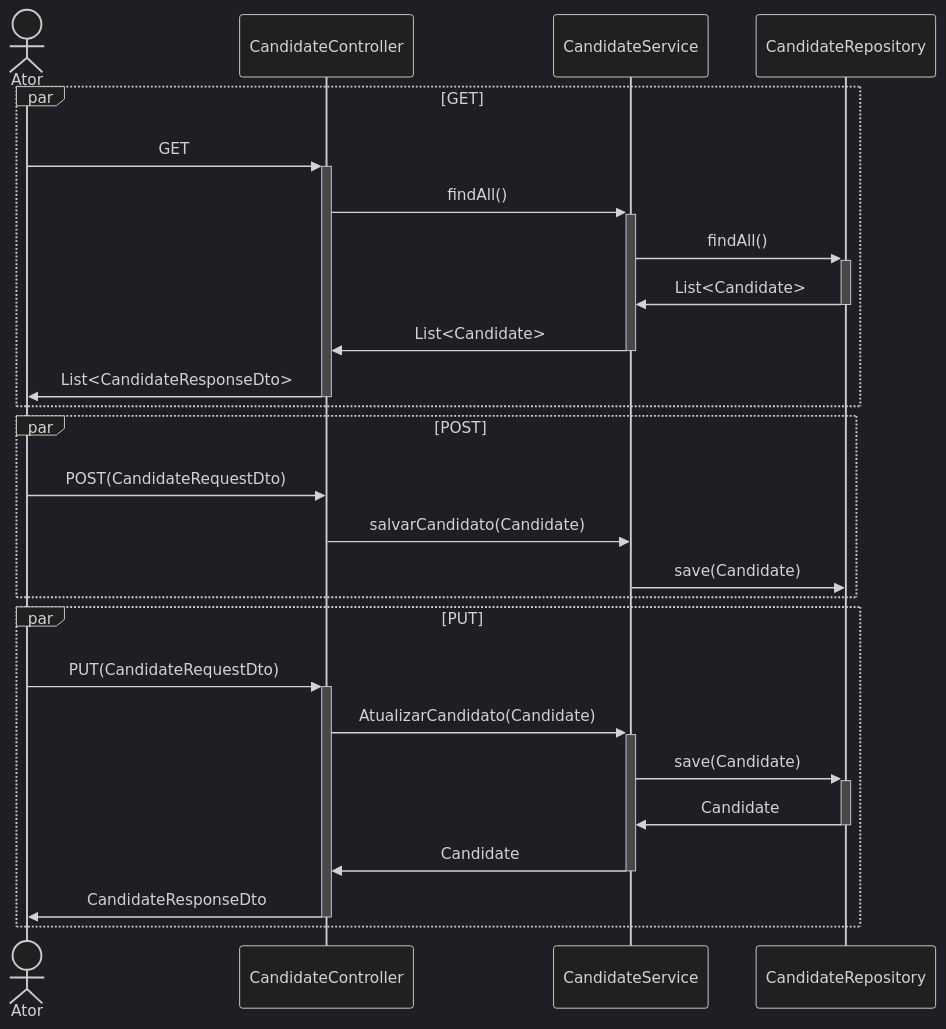
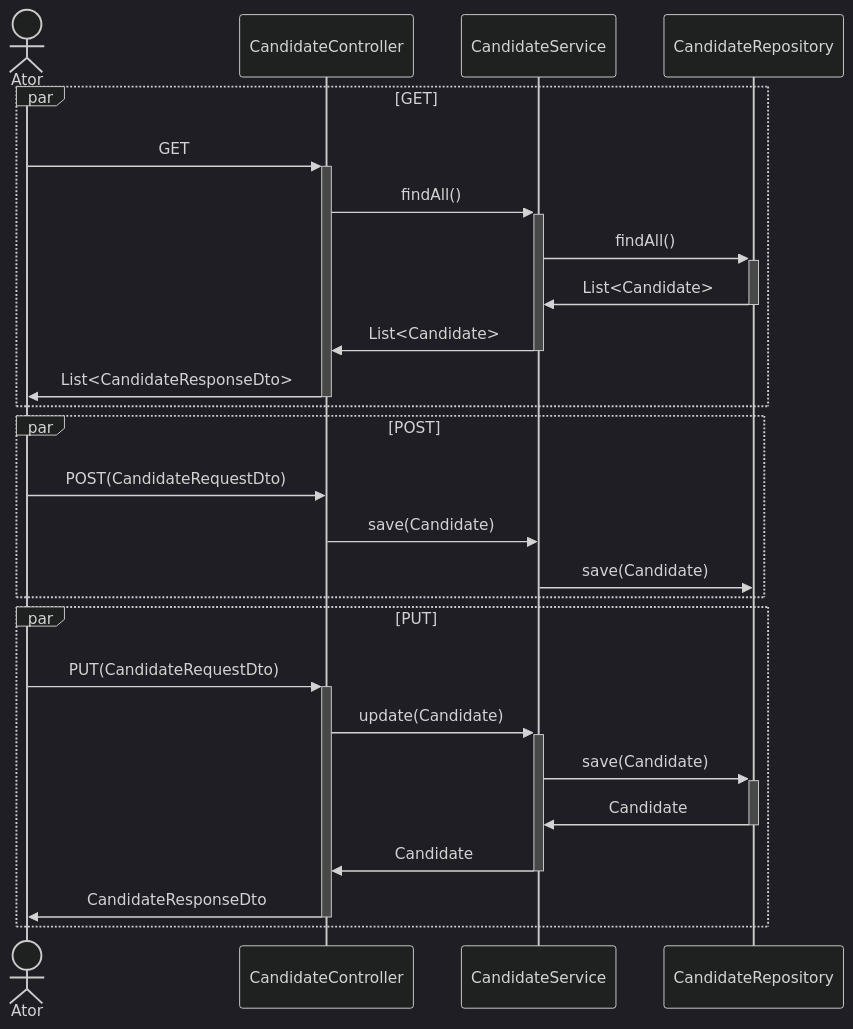
The fourth of 4 diagrams in README.md (alberto-yano/dio-lab-quarkus), drawn with Mermaid (dark theme) before and after one commit. The commit also changed other lines of this file, not shown here.

Commit message:
Update README.md
feat: Alteração nos nomes dos métodos

````diff
--- a/README.md
+++ b/README.md
@@ -159,28 +159,28 @@
 ```mermaid
 sequenceDiagram
     par GET
         actor Ator
         participant CandidateController
         participant CandidateService
         participant CandidateRepository
         Ator ->>+ CandidateController: GET
         CandidateController ->>+ CandidateService: findAll()
         CandidateService ->>+ CandidateRepository: findAll()
         CandidateRepository ->>- CandidateService: List<Candidate>
         CandidateService ->>- CandidateController: List<Candidate>
         CandidateController ->>- Ator: List<CandidateResponseDto>
     end
     par POST
         Ator ->> CandidateController: POST(CandidateRequestDto)
-        CandidateController ->> CandidateService: salvarCandidato(Candidate)
+        CandidateController ->> CandidateService: save(Candidate)
         CandidateService ->> CandidateRepository: save(Candidate)
     end
     par PUT
         Ator ->>+ CandidateController: PUT(CandidateRequestDto)
-        CandidateController ->>+ CandidateService: AtualizarCandidato(Candidate)
+        CandidateController ->>+ CandidateService: update(Candidate)
         CandidateService ->>+ CandidateRepository: save(Candidate)
         CandidateRepository ->>- CandidateService: Candidate
         CandidateService ->>- CandidateController: Candidate
         CandidateController ->>- Ator: CandidateResponseDto
     end
 ```
````
